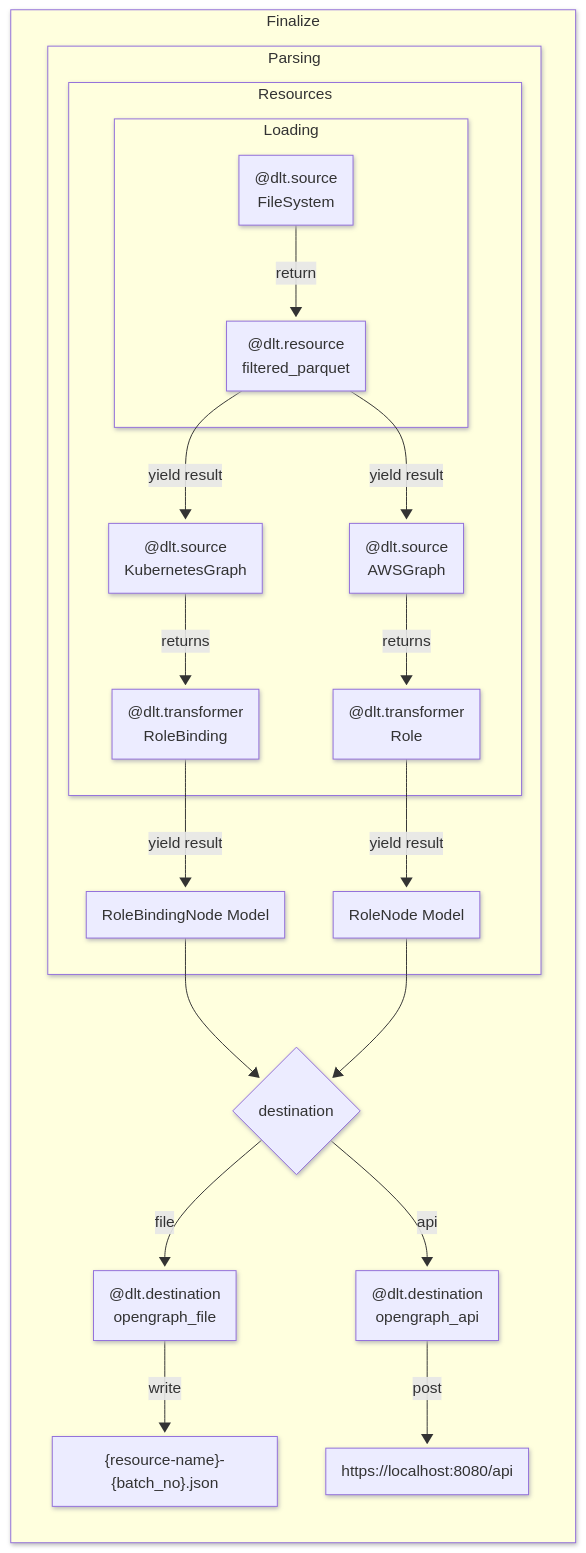
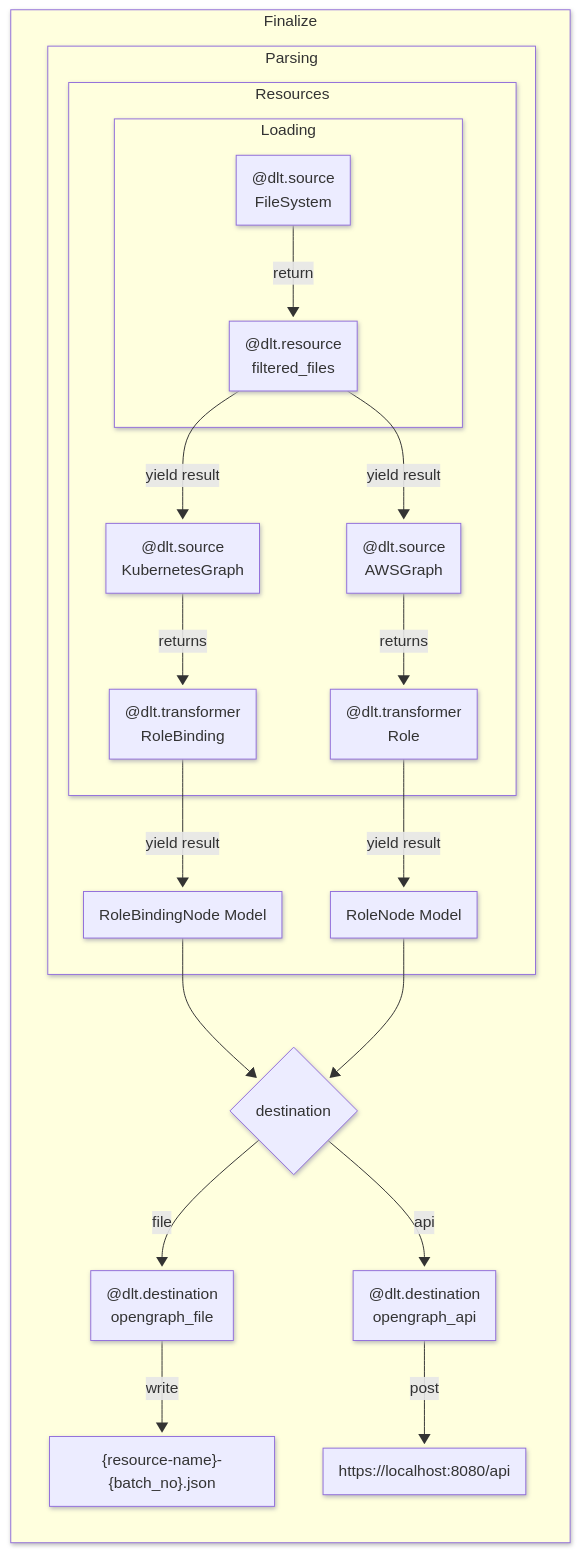
One commit to d3vzer0/OpenGraph-dlt changed the diagram in docs/mermaid/destination.mmd. Above: the diagram before and after it, drawn with Mermaid. The commit also changed 3 other files, not shown here.

Commit message:
Added install CLI command to readme + updates to mermaid

```diff
--- a/docs/mermaid/destination.mmd
+++ b/docs/mermaid/destination.mmd
@@ -1,55 +1,55 @@
 ---
 config:
   theme: mc
   layout: dagre
   look: neo
 ---
 flowchart BT
  subgraph loader["Loading"]
         SourceFS["@dlt.source<br>FileSystem"]
-        FSRes["@dlt.resource<br>filtered_parquet"]
+        FSRes["@dlt.resource<br>filtered_files"]
     
         SourceFS -- return --> FSRes
   end
  subgraph sources["Resources"]
         loader
         Kube["@dlt.source<br/>KubernetesGraph"]
         AWS["@dlt.source<br/>AWSGraph"]
 
         KubeRes["@dlt.transformer<br/>RoleBinding"]
         AWSRes["@dlt.transformer<br/>Role"]
 
         Kube -- returns --> KubeRes
         FSRes -- yield result --> Kube
 
         AWS -- returns --> AWSRes
         FSRes -- yield result --> AWS
 
         
 
   end
  subgraph parsing["Parsing"]
         sources
         RoleBindingNode["RoleBindingNode Model"]
         RoleNode["RoleNode Model"]
 
         KubeRes -- yield result --> RoleBindingNode
         AWSRes -- yield result --> RoleNode
 
   end
  subgraph destination["Finalize"]
         parsing
         FileOut["@dlt.destination<br>opengraph_file"]
         ApiOut["@dlt.destination<br>opengraph_api"]
         File["{resource-name}-{batch_no}.json"]
         API["https://localhost:8080/api"]
         Choice{"destination"}
 
         RoleBindingNode --> Choice
         RoleNode --> Choice
         Choice -- file --> FileOut
         Choice -- api --> ApiOut
         FileOut -- write --> File
         ApiOut -- post --> API
 
         end
```
